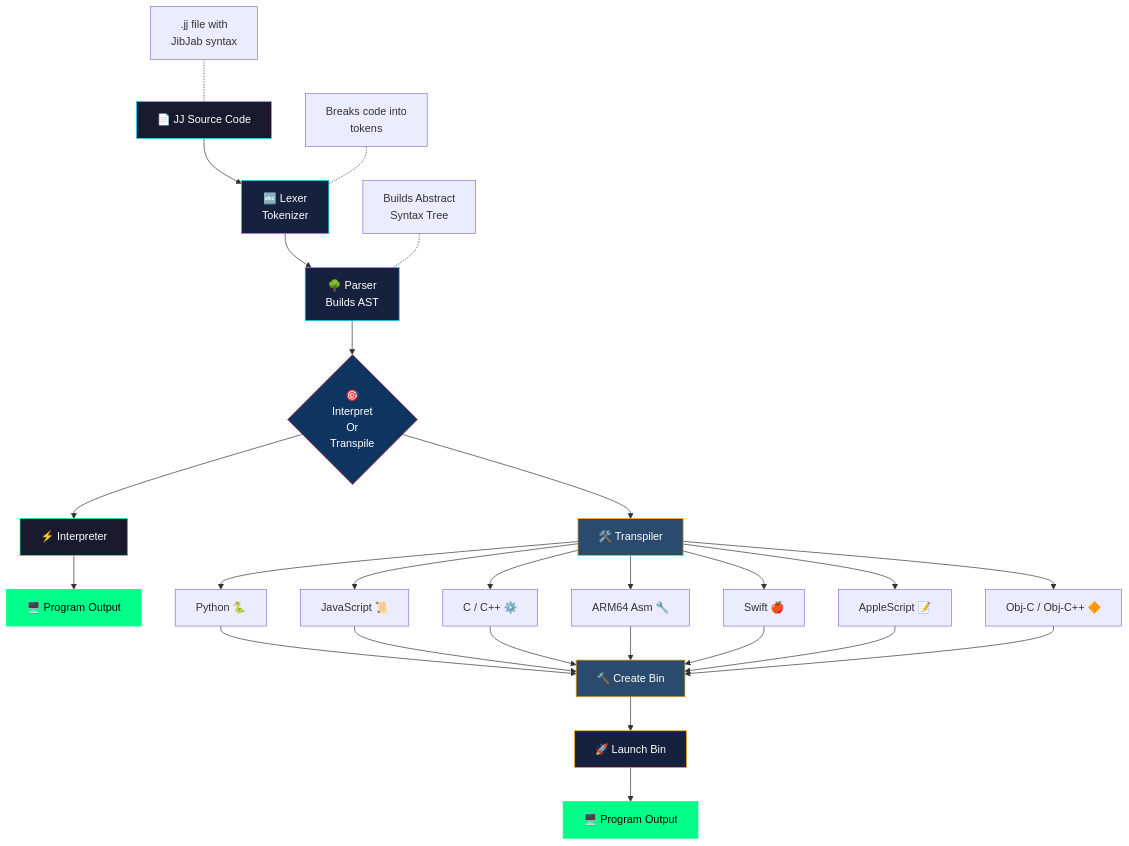
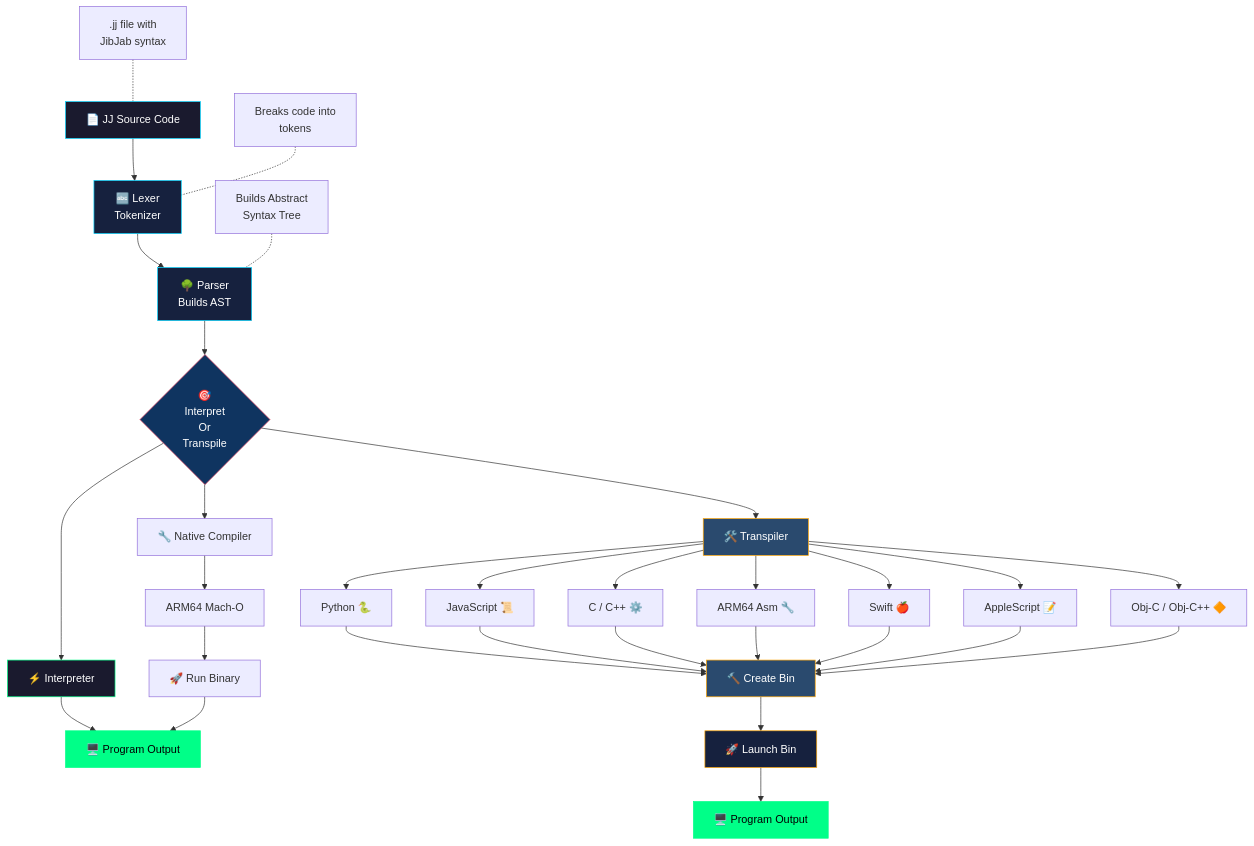
The diagram in README.md (SuperBox64/JibberJabber), drawn with Mermaid before and after one commit. The commit also changed other lines of this file and 3 other files, not shown here.

First line of the commit message:
Update documentation for native compiler

````diff
--- a/README.md
+++ b/README.md
@@ -329,44 +339,49 @@
 ```mermaid
 flowchart TD
     A[📄 JJ Source Code] --> B[🔤 Lexer<br>Tokenizer]
     B --> C[🌳 Parser<br>Builds AST]
     C --> D{🎯<br>Interpret<br>Or<br>Transpile}
 
     A1[".jj file with<br>JibJab syntax"] -.- A
     B1["Breaks code into<br>tokens"] -.- B
     C1["Builds Abstract<br>Syntax Tree"] -.- C
 
     D --> E[⚡ Interpreter]
     E --> F[🖥️ Program Output]
+
+    D --> N1[🔧 Native Compiler]
+    N1 --> N2[ARM64 Mach-O]
+    N2 --> N3[🚀 Run Binary]
+    N3 --> F
 
     D --> G[🛠️ Transpiler]
     G --> H[Python 🐍]
     G --> I[JavaScript 📜]
     G --> J[C / C++ ⚙️]
     G --> K[ARM64 Asm 🔧]
     G --> L[Swift 🍎]
     G --> P[AppleScript 📝]
     G --> Q[Obj-C / Obj-C++ 🔶]
 
     H --> M[🔨 Create Bin]
     I --> M
     J --> M
     K --> M
     L --> M
     P --> M
     Q --> M
     M --> N[🚀 Launch Bin]
     N --> O[🖥️ Program Output]
 
     style M fill:#2a4a6e,stroke:#ffa500,color:#fff
     style N fill:#16213e,stroke:#ffa500,color:#fff
     style O fill:#00ff88,stroke:#00ff88,color:#000
 
     style A fill:#1a1a2e,stroke:#00d4ff,color:#fff
     style B fill:#16213e,stroke:#00d4ff,color:#fff
     style C fill:#16213e,stroke:#00d4ff,color:#fff
     style D fill:#0f3460,stroke:#e94560,color:#fff
     style E fill:#1a1a2e,stroke:#00ff88,color:#fff
     style F fill:#00ff88,stroke:#00ff88,color:#000
     style G fill:#2a4a6e,stroke:#ffa500,color:#fff
 ```
````
